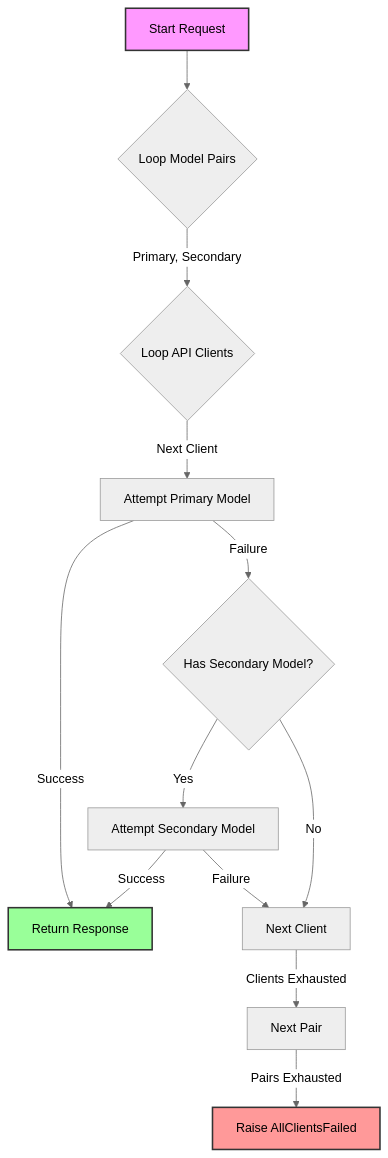
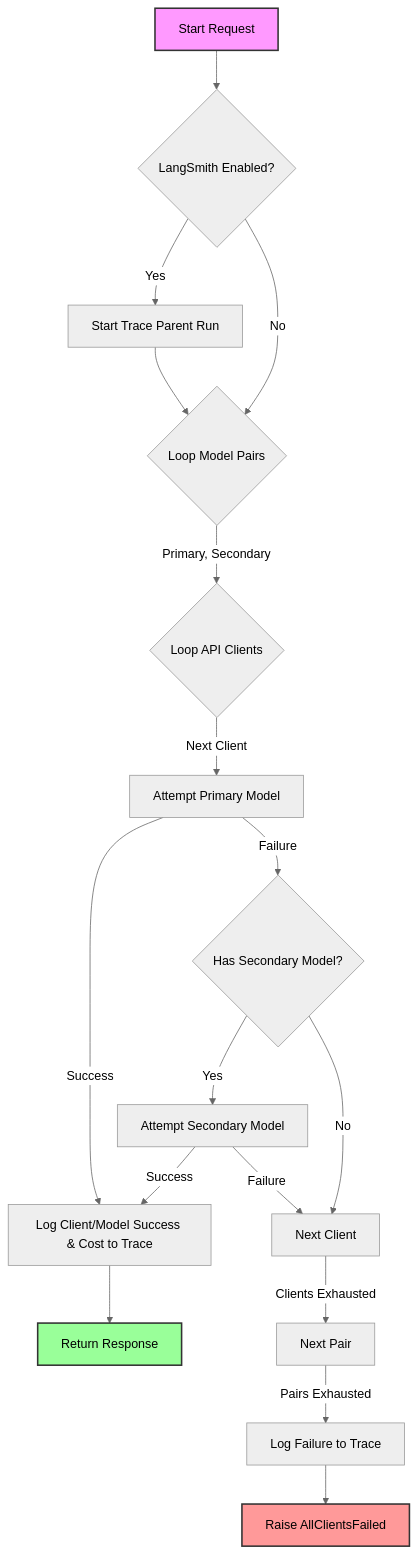
Before and after one commit to jayeeed/gemini-rotate: the diagram in README.md, drawn with Mermaid (neutral theme). The commit also changed other lines of this file and 6 other files, not shown here.

Commit message:
feat: integrate LangSmith tracing with automated cost attribution and update default model rotation order

````diff
--- a/README.md
+++ b/README.md
@@ -181,23 +227,30 @@
 ```mermaid
 graph TD
-    Start[Start Request] --> LoopPairs{Loop Model Pairs}
+    Start[Start Request] --> IsTraced{LangSmith Enabled?}
+    IsTraced -->|Yes| StartTrace[Start Trace Parent Run]
+    IsTraced -->|No| LoopPairs
+    StartTrace --> LoopPairs{Loop Model Pairs}
+    
     LoopPairs -->|Primary, Secondary| LoopClients{Loop API Clients}
     
     LoopClients -->|Next Client| AttemptPrimary[Attempt Primary Model]
     
-    AttemptPrimary -->|Success| ReturnResponse[Return Response]
+    AttemptPrimary -->|Success| LogTraceSuccess[Log Client/Model Success & Cost to Trace]
     AttemptPrimary -->|Failure| CheckSecondary{Has Secondary Model?}
     
     CheckSecondary -->|Yes| AttemptSecondary[Attempt Secondary Model]
     CheckSecondary -->|No| NextClient[Next Client]
     
-    AttemptSecondary -->|Success| ReturnResponse
+    AttemptSecondary -->|Success| LogTraceSuccess
     AttemptSecondary -->|Failure| NextClient
     
+    LogTraceSuccess --> ReturnResponse[Return Response]
+    
     NextClient -->|Clients Exhausted| NextPair[Next Pair]
-    NextPair -->|Pairs Exhausted| RaiseError[Raise AllClientsFailed]
+    NextPair -->|Pairs Exhausted| LogTraceFailure[Log Failure to Trace]
+    LogTraceFailure --> RaiseError[Raise AllClientsFailed]
     
     style Start fill:#f9f,stroke:#333,stroke-width:2px
     style ReturnResponse fill:#9f9,stroke:#333,stroke-width:2px
     style RaiseError fill:#f99,stroke:#333,stroke-width:2px
 ```
````
